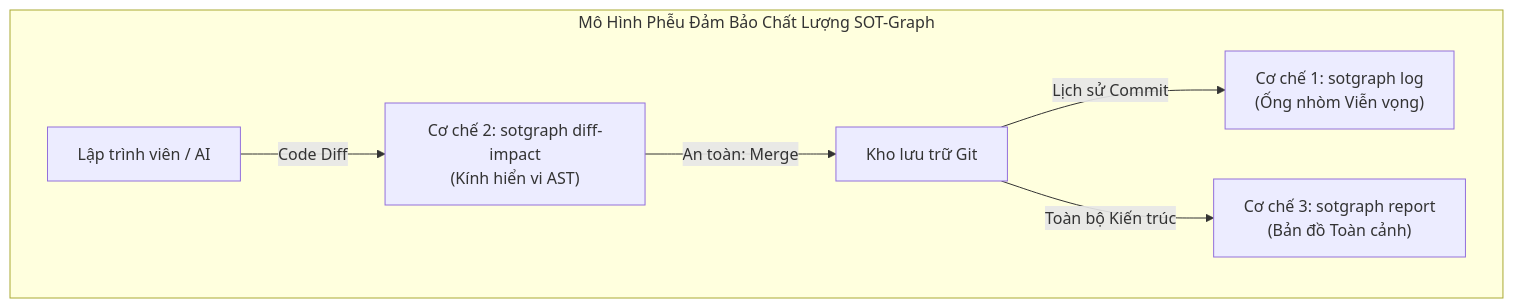
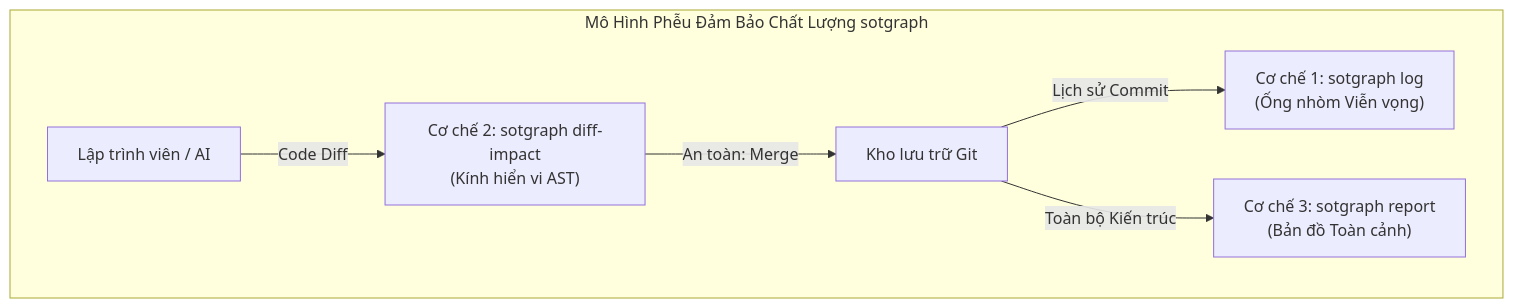
The second of 2 diagrams in docs/SOT_GRAPH_IMPACT_ASSESSMENT_REPORT.md (minhgv/sotgraph), drawn with Mermaid before and after one commit. The commit also changed other lines of this file and 29 other files, not shown here.

First line of the commit message:
docs: rename sot-graph to sotgraph across docs; one-shot install guide; CBM extractor section

````diff
--- a/docs/SOT_GRAPH_IMPACT_ASSESSMENT_REPORT.md
+++ b/docs/SOT_GRAPH_IMPACT_ASSESSMENT_REPORT.md
@@ -180,10 +180,10 @@
 ```mermaid
 graph LR
-    subgraph Funnel["Mô Hình Phễu Đảm Bảo Chất Lượng SOT-Graph"]
+    subgraph Funnel["Mô Hình Phễu Đảm Bảo Chất Lượng sotgraph"]
         direction LR
         Dev["Lập trình viên / AI"] -->|Code Diff| P2["Cơ chế 2: sotgraph diff-impact\n(Kính hiển vi AST)"]
         P2 -->|An toàn: Merge| Repo["Kho lưu trữ Git"]
         Repo -->|Lịch sử Commit| P1["Cơ chế 1: sotgraph log\n(Ống nhòm Viễn vọng)"]
         Repo -->|Toàn bộ Kiến trúc| P3["Cơ chế 3: sotgraph report\n(Bản đồ Toàn cảnh)"]
     end
 ```
````
